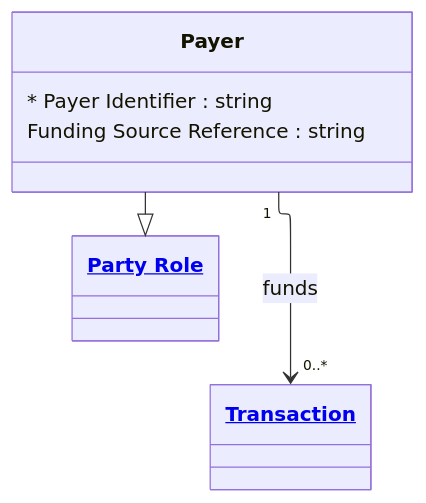
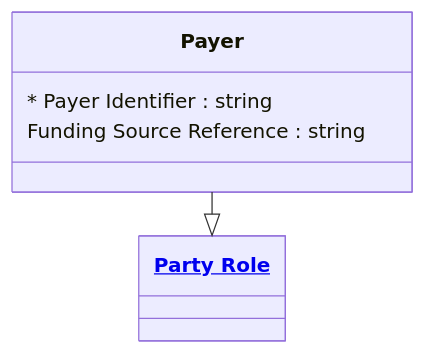
Before and after one commit to Semprini/md-ddl: the diagram in examples/Financial Crime/entities/payer.md, drawn with Mermaid. The commit also changed other lines of this file and 12 other files, not shown here.

````diff
--- a/examples/Financial Crime/entities/payer.md
+++ b/examples/Financial Crime/entities/payer.md
@@ -9,17 +9,15 @@
 ```mermaid
 ---
 config:
   layout: elk
 ---
 classDiagram
   class Payer{
     * Payer Identifier : string
     Funding Source Reference : string
   }
 
   Payer --|> PartyRole
-  Payer "1" --> "0..*" Transaction : funds
 
   class PartyRole["<a href='party_role.md'>Party Role</a>"]
-  class Transaction["<a href='transaction.md'>Transaction</a>"]
 ```
````
